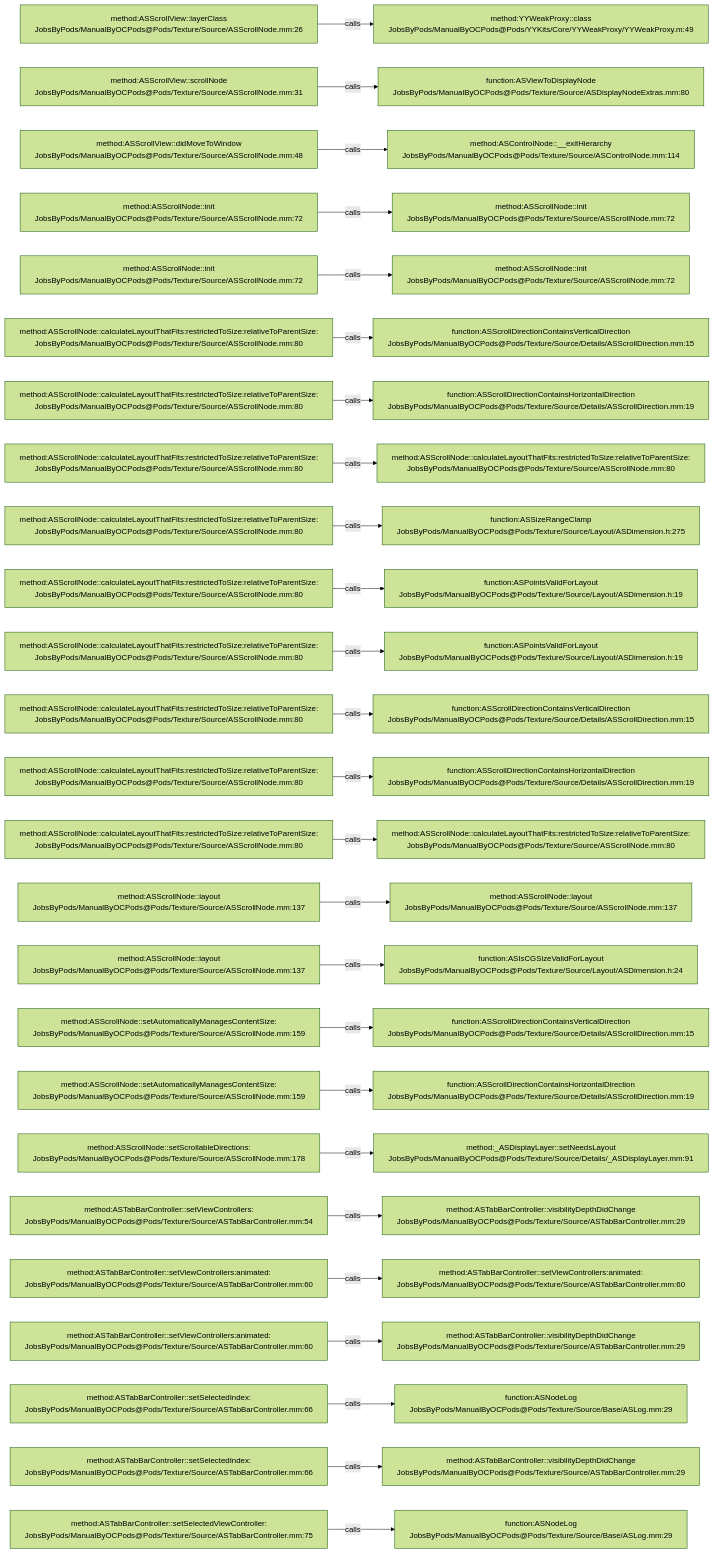
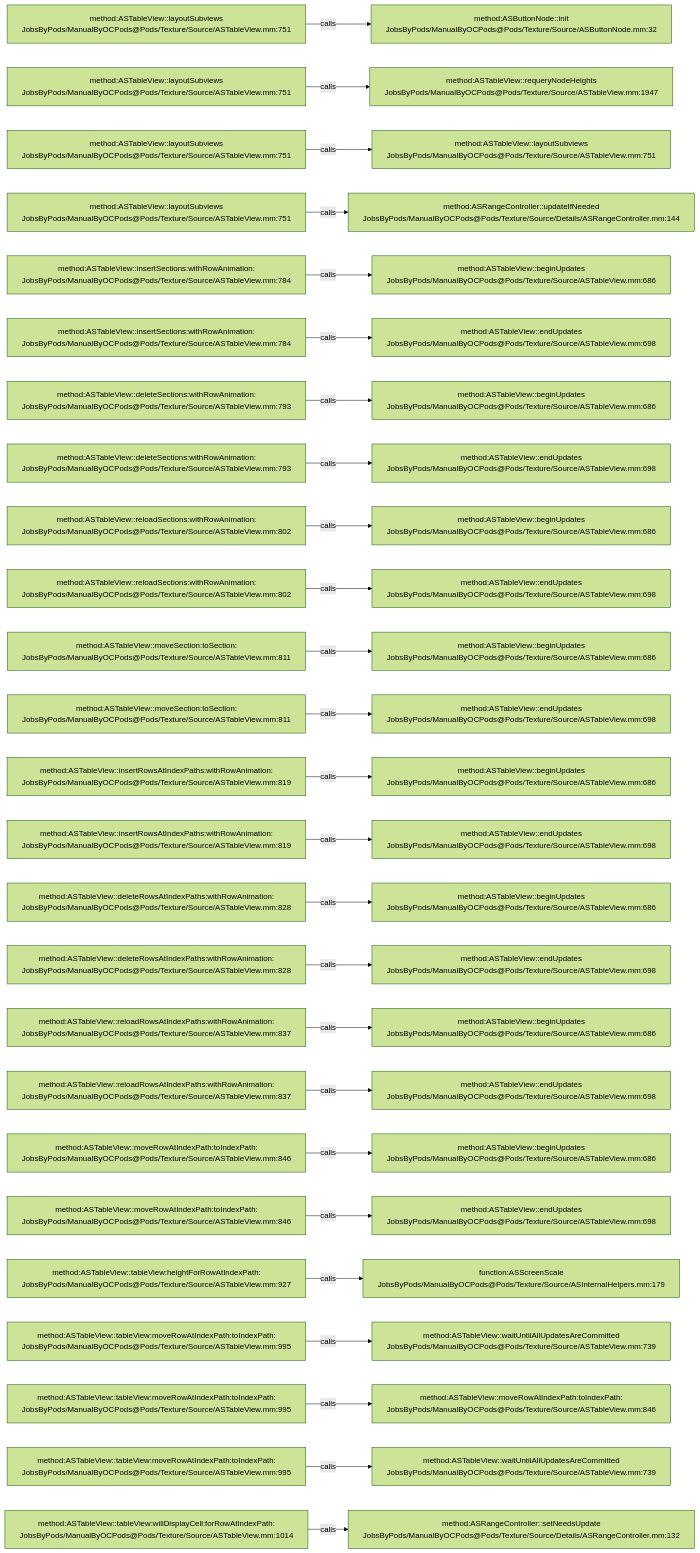
Before and after one commit to JobsKits/JobsOCBaseConfigDemo: the diagram in .codegraph/codegraph.md/graphs/calls-113.md, drawn with Mermaid (forest theme). The commit also changed 2723 other files, not shown here.

````diff
--- a/.codegraph/codegraph.md/graphs/calls-113.md
+++ b/.codegraph/codegraph.md/graphs/calls-113.md
@@ -13,78 +13,78 @@
 ```mermaid
 flowchart LR
-  S1["method:ASScrollView::layerClass<br/>JobsByPods/ManualByOCPods@Pods/Texture/Source/ASScrollNode.mm:26"]
-  T1["method:YYWeakProxy::class<br/>JobsByPods/ManualByOCPods@Pods/YYKits/Core/YYWeakProxy/YYWeakProxy.m:49"]
+  S1["method:ASTableView::layoutSubviews<br/>JobsByPods/ManualByOCPods@Pods/Texture/Source/ASTableView.mm:751"]
+  T1["method:ASButtonNode::init<br/>JobsByPods/ManualByOCPods@Pods/Texture/Source/ASButtonNode.mm:32"]
   S1 -->|calls| T1
-  S2["method:ASScrollView::scrollNode<br/>JobsByPods/ManualByOCPods@Pods/Texture/Source/ASScrollNode.mm:31"]
-  T2["function:ASViewToDisplayNode<br/>JobsByPods/ManualByOCPods@Pods/Texture/Source/ASDisplayNodeExtras.mm:80"]
+  S2["method:ASTableView::layoutSubviews<br/>JobsByPods/ManualByOCPods@Pods/Texture/Source/ASTableView.mm:751"]
+  T2["method:ASTableView::requeryNodeHeights<br/>JobsByPods/ManualByOCPods@Pods/Texture/Source/ASTableView.mm:1947"]
   S2 -->|calls| T2
-  S3["method:ASScrollView::didMoveToWindow<br/>JobsByPods/ManualByOCPods@Pods/Texture/Source/ASScrollNode.mm:48"]
-  T3["method:ASControlNode::__exitHierarchy<br/>JobsByPods/ManualByOCPods@Pods/Texture/Source/ASControlNode.mm:114"]
+  S3["method:ASTableView::layoutSubviews<br/>JobsByPods/ManualByOCPods@Pods/Texture/Source/ASTableView.mm:751"]
+  T3["method:ASTableView::layoutSubviews<br/>JobsByPods/ManualByOCPods@Pods/Texture/Source/ASTableView.mm:751"]
   S3 -->|calls| T3
-  S4["method:ASScrollNode::init<br/>JobsByPods/ManualByOCPods@Pods/Texture/Source/ASScrollNode.mm:72"]
-  T4["method:ASScrollNode::init<br/>JobsByPods/ManualByOCPods@Pods/Texture/Source/ASScrollNode.mm:72"]
+  S4["method:ASTableView::layoutSubviews<br/>JobsByPods/ManualByOCPods@Pods/Texture/Source/ASTableView.mm:751"]
+  T4["method:ASRangeController::updateIfNeeded<br/>JobsByPods/ManualByOCPods@Pods/Texture/Source/Details/ASRangeController.mm:144"]
   S4 -->|calls| T4
-  S5["method:ASScrollNode::init<br/>JobsByPods/ManualByOCPods@Pods/Texture/Source/ASScrollNode.mm:72"]
-  T5["method:ASScrollNode::init<br/>JobsByPods/ManualByOCPods@Pods/Texture/Source/ASScrollNode.mm:72"]
+  S5["method:ASTableView::insertSections:withRowAnimation:<br/>JobsByPods/ManualByOCPods@Pods/Texture/Source/ASTableView.mm:784"]
+  T5["method:ASTableView::beginUpdates<br/>JobsByPods/ManualByOCPods@Pods/Texture/Source/ASTableView.mm:686"]
   S5 -->|calls| T5
-  S6["method:ASScrollNode::calculateLayoutThatFits:restrictedToSize:relativeToParentSize:<br/>JobsByPods/ManualByOCPods@Pods/Texture/Source/ASScrollNode.mm:80"]
-  T6["function:ASScrollDirectionContainsVerticalDirection<br/>JobsByPods/ManualByOCPods@Pods/Texture/Source/Details/ASScrollDirection.mm:15"]
+  S6["method:ASTableView::insertSections:withRowAnimation:<br/>JobsByPods/ManualByOCPods@Pods/Texture/Source/ASTableView.mm:784"]
+  T6["method:ASTableView::endUpdates<br/>JobsByPods/ManualByOCPods@Pods/Texture/Source/ASTableView.mm:698"]
   S6 -->|calls| T6
-  S7["method:ASScrollNode::calculateLayoutThatFits:restrictedToSize:relativeToParentSize:<br/>JobsByPods/ManualByOCPods@Pods/Texture/Source/ASScrollNode.mm:80"]
-  T7["function:ASScrollDirectionContainsHorizontalDirection<br/>JobsByPods/ManualByOCPods@Pods/Texture/Source/Details/ASScrollDirection.mm:19"]
+  S7["method:ASTableView::deleteSections:withRowAnimation:<br/>JobsByPods/ManualByOCPods@Pods/Texture/Source/ASTableView.mm:793"]
+  T7["method:ASTableView::beginUpdates<br/>JobsByPods/ManualByOCPods@Pods/Texture/Source/ASTableView.mm:686"]
   S7 -->|calls| T7
-  S8["method:ASScrollNode::calculateLayoutThatFits:restrictedToSize:relativeToParentSize:<br/>JobsByPods/ManualByOCPods@Pods/Texture/Source/ASScrollNode.mm:80"]
-  T8["method:ASScrollNode::calculateLayoutThatFits:restrictedToSize:relativeToParentSize:<br/>JobsByPods/ManualByOCPods@Pods/Texture/Source/ASScrollNode.mm:80"]
+  S8["method:ASTableView::deleteSections:withRowAnimation:<br/>JobsByPods/ManualByOCPods@Pods/Texture/Source/ASTableView.mm:793"]
+  T8["method:ASTableView::endUpdates<br/>JobsByPods/ManualByOCPods@Pods/Texture/Source/ASTableView.mm:698"]
   S8 -->|calls| T8
-  S9["method:ASScrollNode::calculateLayoutThatFits:restrictedToSize:relativeToParentSize:<br/>JobsByPods/ManualByOCPods@Pods/Texture/Source/ASScrollNode.mm:80"]
-  T9["function:ASSizeRangeClamp<br/>JobsByPods/ManualByOCPods@Pods/Texture/Source/Layout/ASDimension.h:275"]
+  S9["method:ASTableView::reloadSections:withRowAnimation:<br/>JobsByPods/ManualByOCPods@Pods/Texture/Source/ASTableView.mm:802"]
+  T9["method:ASTableView::beginUpdates<br/>JobsByPods/ManualByOCPods@Pods/Texture/Source/ASTableView.mm:686"]
   S9 -->|calls| T9
-  S10["method:ASScrollNode::calculateLayoutThatFits:restrictedToSize:relativeToParentSize:<br/>JobsByPods/ManualByOCPods@Pods/Texture/Source/ASScrollNode.mm:80"]
-  T10["function:ASPointsValidForLayout<br/>JobsByPods/ManualByOCPods@Pods/Texture/Source/Layout/ASDimension.h:19"]
+  S10["method:ASTableView::reloadSections:withRowAnimation:<br/>JobsByPods/ManualByOCPods@Pods/Texture/Source/ASTableView.mm:802"]
+  T10["method:ASTableView::endUpdates<br/>JobsByPods/ManualByOCPods@Pods/Texture/Source/ASTableView.mm:698"]
   S10 -->|calls| T10
-  S11["method:ASScrollNode::calculateLayoutThatFits:restrictedToSize:relativeToParentSize:<br/>JobsByPods/ManualByOCPods@Pods/Texture/Source/ASScrollNode.mm:80"]
-  T11["function:ASPointsValidForLayout<br/>JobsByPods/ManualByOCPods@Pods/Texture/Source/Layout/ASDimension.h:19"]
+  S11["method:ASTableView::moveSection:toSection:<br/>JobsByPods/ManualByOCPods@Pods/Texture/Source/ASTableView.mm:811"]
+  T11["method:ASTableView::beginUpdates<br/>JobsByPods/ManualByOCPods@Pods/Texture/Source/ASTableView.mm:686"]
   S11 -->|calls| T11
-  S12["method:ASScrollNode::calculateLayoutThatFits:restrictedToSize:relativeToParentSize:<br/>JobsByPods/ManualByOCPods@Pods/Texture/Source/ASScrollNode.mm:80"]
-  T12["function:ASScrollDirectionContainsVerticalDirection<br/>JobsByPods/ManualByOCPods@Pods/Texture/Source/Details/ASScrollDirection.mm:15"]
+  S12["method:ASTableView::moveSection:toSection:<br/>JobsByPods/ManualByOCPods@Pods/Texture/Source/ASTableView.mm:811"]
+  T12["method:ASTableView::endUpdates<br/>JobsByPods/ManualByOCPods@Pods/Texture/Source/ASTableView.mm:698"]
   S12 -->|calls| T12
-  S13["method:ASScrollNode::calculateLayoutThatFits:restrictedToSize:relativeToParentSize:<br/>JobsByPods/ManualByOCPods@Pods/Texture/Source/ASScrollNode.mm:80"]
-  T13["function:ASScrollDirectionContainsHorizontalDirection<br/>JobsByPods/ManualByOCPods@Pods/Texture/Source/Details/ASScrollDirection.mm:19"]
+  S13["method:ASTableView::insertRowsAtIndexPaths:withRowAnimation:<br/>JobsByPods/ManualByOCPods@Pods/Texture/Source/ASTableView.mm:819"]
+  T13["method:ASTableView::beginUpdates<br/>JobsByPods/ManualByOCPods@Pods/Texture/Source/ASTableView.mm:686"]
   S13 -->|calls| T13
-  S14["method:ASScrollNode::calculateLayoutThatFits:restrictedToSize:relativeToParentSize:<br/>JobsByPods/ManualByOCPods@Pods/Texture/Source/ASScrollNode.mm:80"]
-  T14["method:ASScrollNode::calculateLayoutThatFits:restrictedToSize:relativeToParentSize:<br/>JobsByPods/ManualByOCPods@Pods/Texture/Source/ASScrollNode.mm:80"]
+  S14["method:ASTableView::insertRowsAtIndexPaths:withRowAnimation:<br/>JobsByPods/ManualByOCPods@Pods/Texture/Source/ASTableView.mm:819"]
+  T14["method:ASTableView::endUpdates<br/>JobsByPods/ManualByOCPods@Pods/Texture/Source/ASTableView.mm:698"]
   S14 -->|calls| T14
-  S15["method:ASScrollNode::layout<br/>JobsByPods/ManualByOCPods@Pods/Texture/Source/ASScrollNode.mm:137"]
-  T15["method:ASScrollNode::layout<br/>JobsByPods/ManualByOCPods@Pods/Texture/Source/ASScrollNode.mm:137"]
+  S15["method:ASTableView::deleteRowsAtIndexPaths:withRowAnimation:<br/>JobsByPods/ManualByOCPods@Pods/Texture/Source/ASTableView.mm:828"]
+  T15["method:ASTableView::beginUpdates<br/>JobsByPods/ManualByOCPods@Pods/Texture/Source/ASTableView.mm:686"]
   S15 -->|calls| T15
-  S16["method:ASScrollNode::layout<br/>JobsByPods/ManualByOCPods@Pods/Texture/Source/ASScrollNode.mm:137"]
-  T16["function:ASIsCGSizeValidForLayout<br/>JobsByPods/ManualByOCPods@Pods/Texture/Source/Layout/ASDimension.h:24"]
+  S16["method:ASTableView::deleteRowsAtIndexPaths:withRowAnimation:<br/>JobsByPods/ManualByOCPods@Pods/Texture/Source/ASTableView.mm:828"]
+  T16["method:ASTableView::endUpdates<br/>JobsByPods/ManualByOCPods@Pods/Texture/Source/ASTableView.mm:698"]
   S16 -->|calls| T16
-  S17["method:ASScrollNode::setAutomaticallyManagesContentSize:<br/>JobsByPods/ManualByOCPods@Pods/Texture/Source/ASScrollNode.mm:159"]
-  T17["function:ASScrollDirectionContainsVerticalDirection<br/>JobsByPods/ManualByOCPods@Pods/Texture/Source/Details/ASScrollDirection.mm:15"]
+  S17["method:ASTableView::reloadRowsAtIndexPaths:withRowAnimation:<br/>JobsByPods/ManualByOCPods@Pods/Texture/Source/ASTableView.mm:837"]
+  T17["method:ASTableView::beginUpdates<br/>JobsByPods/ManualByOCPods@Pods/Texture/Source/ASTableView.mm:686"]
   S17 -->|calls| T17
-  S18["method:ASScrollNode::setAutomaticallyManagesContentSize:<br/>JobsByPods/ManualByOCPods@Pods/Texture/Source/ASScrollNode.mm:159"]
-  T18["function:ASScrollDirectionContainsHorizontalDirection<br/>JobsByPods/ManualByOCPods@Pods/Texture/Source/Details/ASScrollDirection.mm:19"]
+  S18["method:ASTableView::reloadRowsAtIndexPaths:withRowAnimation:<br/>JobsByPods/ManualByOCPods@Pods/Texture/Source/ASTableView.mm:837"]
+  T18["method:ASTableView::endUpdates<br/>JobsByPods/ManualByOCPods@Pods/Texture/Source/ASTableView.mm:698"]
   S18 -->|calls| T18
-  S19["method:ASScrollNode::setScrollableDirections:<br/>JobsByPods/ManualByOCPods@Pods/Texture/Source/ASScrollNode.mm:178"]
-  T19["method:_ASDisplayLayer::setNeedsLayout<br/>JobsByPods/ManualByOCPods@Pods/Texture/Source/Details/_ASDisplayLayer.mm:91"]
+  S19["method:ASTableView::moveRowAtIndexPath:toIndexPath:<br/>JobsByPods/ManualByOCPods@Pods/Texture/Source/ASTableView.mm:846"]
+  T19["method:ASTableView::beginUpdates<br/>JobsByPods/ManualByOCPods@Pods/Texture/Source/ASTableView.mm:686"]
   S19 -->|calls| T19
-  S20["method:ASTabBarController::setViewControllers:<br/>JobsByPods/ManualByOCPods@Pods/Texture/Source/ASTabBarController.mm:54"]
-  T20["method:ASTabBarController::visibilityDepthDidChange<br/>JobsByPods/ManualByOCPods@Pods/Texture/Source/ASTabBarController.mm:29"]
+  S20["method:ASTableView::moveRowAtIndexPath:toIndexPath:<br/>JobsByPods/ManualByOCPods@Pods/Texture/Source/ASTableView.mm:846"]
+  T20["method:ASTableView::endUpdates<br/>JobsByPods/ManualByOCPods@Pods/Texture/Source/ASTableView.mm:698"]
   S20 -->|calls| T20
-  S21["method:ASTabBarController::setViewControllers:animated:<br/>JobsByPods/ManualByOCPods@Pods/Texture/Source/ASTabBarController.mm:60"]
-  T21["method:ASTabBarController::setViewControllers:animated:<br/>JobsByPods/ManualByOCPods@Pods/Texture/Source/ASTabBarController.mm:60"]
+  S21["method:ASTableView::tableView:heightForRowAtIndexPath:<br/>JobsByPods/ManualByOCPods@Pods/Texture/Source/ASTableView.mm:927"]
+  T21["function:ASScreenScale<br/>JobsByPods/ManualByOCPods@Pods/Texture/Source/ASInternalHelpers.mm:179"]
   S21 -->|calls| T21
-  S22["method:ASTabBarController::setViewControllers:animated:<br/>JobsByPods/ManualByOCPods@Pods/Texture/Source/ASTabBarController.mm:60"]
-  T22["method:ASTabBarController::visibilityDepthDidChange<br/>JobsByPods/ManualByOCPods@Pods/Texture/Source/ASTabBarController.mm:29"]
+  S22["method:ASTableView::tableView:moveRowAtIndexPath:toIndexPath:<br/>JobsByPods/ManualByOCPods@Pods/Texture/Source/ASTableView.mm:995"]
+  T22["method:ASTableView::waitUntilAllUpdatesAreCommitted<br/>JobsByPods/ManualByOCPods@Pods/Texture/Source/ASTableView.mm:739"]
   S22 -->|calls| T22
-  S23["method:ASTabBarController::setSelectedIndex:<br/>JobsByPods/ManualByOCPods@Pods/Texture/Source/ASTabBarController.mm:66"]
-  T23["function:ASNodeLog<br/>JobsByPods/ManualByOCPods@Pods/Texture/Source/Base/ASLog.mm:29"]
+  S23["method:ASTableView::tableView:moveRowAtIndexPath:toIndexPath:<br/>JobsByPods/ManualByOCPods@Pods/Texture/Source/ASTableView.mm:995"]
+  T23["method:ASTableView::moveRowAtIndexPath:toIndexPath:<br/>JobsByPods/ManualByOCPods@Pods/Texture/Source/ASTableView.mm:846"]
   S23 -->|calls| T23
-  S24["method:ASTabBarController::setSelectedIndex:<br/>JobsByPods/ManualByOCPods@Pods/Texture/Source/ASTabBarController.mm:66"]
-  T24["method:ASTabBarController::visibilityDepthDidChange<br/>JobsByPods/ManualByOCPods@Pods/Texture/Source/ASTabBarController.mm:29"]
+  S24["method:ASTableView::tableView:moveRowAtIndexPath:toIndexPath:<br/>JobsByPods/ManualByOCPods@Pods/Texture/Source/ASTableView.mm:995"]
+  T24["method:ASTableView::waitUntilAllUpdatesAreCommitted<br/>JobsByPods/ManualByOCPods@Pods/Texture/Source/ASTableView.mm:739"]
   S24 -->|calls| T24
-  S25["method:ASTabBarController::setSelectedViewController:<br/>JobsByPods/ManualByOCPods@Pods/Texture/Source/ASTabBarController.mm:75"]
-  T25["function:ASNodeLog<br/>JobsByPods/ManualByOCPods@Pods/Texture/Source/Base/ASLog.mm:29"]
+  S25["method:ASTableView::tableView:willDisplayCell:forRowAtIndexPath:<br/>JobsByPods/ManualByOCPods@Pods/Texture/Source/ASTableView.mm:1014"]
+  T25["method:ASRangeController::setNeedsUpdate<br/>JobsByPods/ManualByOCPods@Pods/Texture/Source/Details/ASRangeController.mm:132"]
   S25 -->|calls| T25
 ```
````
